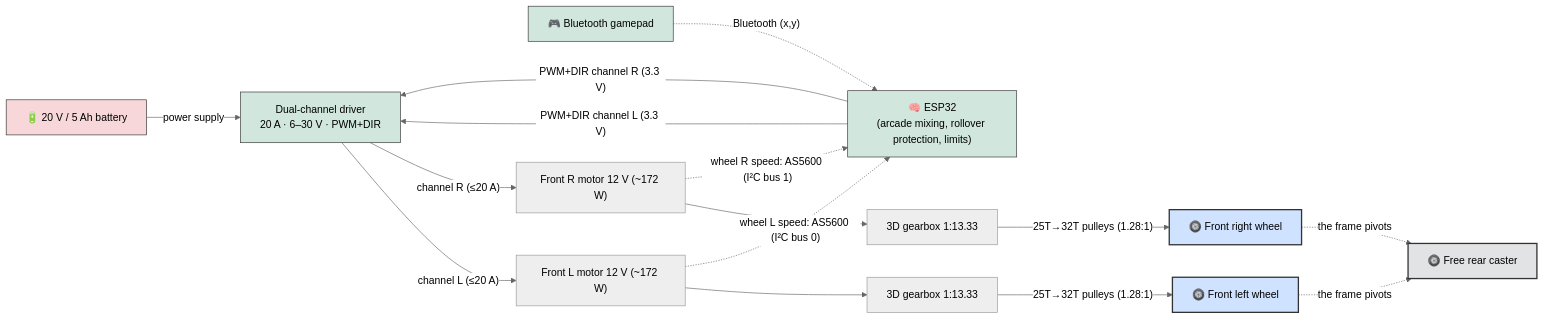
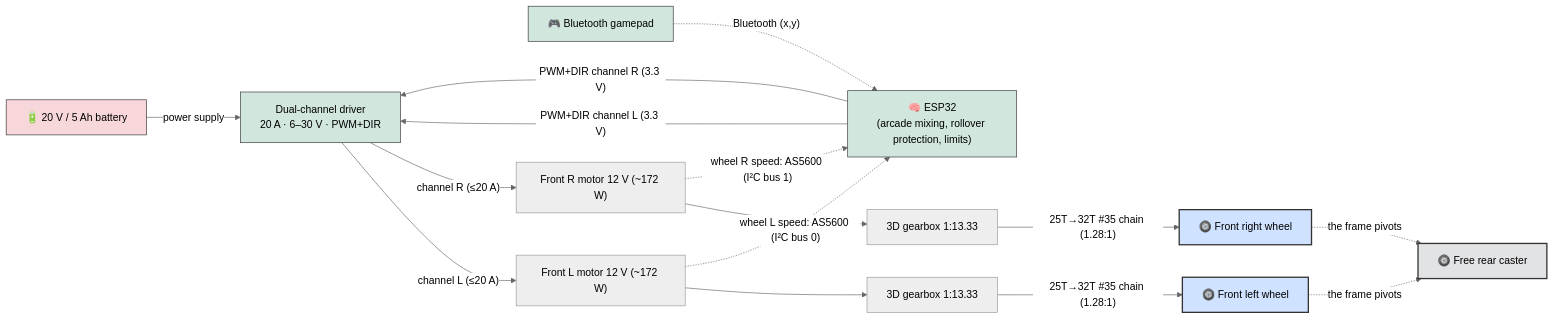
One commit to pinkymaxou/powered-soapbox-car changed the fifth of 10 diagrams in README.md. Above: the diagram before and after it, drawn with Mermaid (neutral theme). The commit also changed other lines of this file and 12 other files, not shown here.

````diff
--- a/README.md
+++ b/README.md
@@ -322,34 +322,34 @@
 ```mermaid
 flowchart LR
     BATT["🔋 20 V / 5 Ah battery"]
     PAD["🎮 Bluetooth gamepad"]
     ESP["🧠 ESP32<br/>(arcade mixing, rollover protection, limits)"]
     DRV["Dual-channel driver<br/>20 A · 6–30 V · PWM+DIR"]
     M1["Front L motor 12 V (~172 W)"]
     M2["Front R motor 12 V (~172 W)"]
     G1["3D gearbox 1:13.33"]
     G2["3D gearbox 1:13.33"]
     R1["🛞 Front left wheel"]
     R2["🛞 Front right wheel"]
     CAS["🛞 Free rear caster"]
 
     BATT -- "power supply" --> DRV
     PAD -. "Bluetooth (x,y)" .-> ESP
     ESP -- "PWM+DIR channel L (3.3 V)" --> DRV
     ESP -- "PWM+DIR channel R (3.3 V)" --> DRV
-    DRV -- "channel L (≤20 A)" --> M1 --> G1 -- "25T→32T pulleys (1.28:1)" --> R1
-    DRV -- "channel R (≤20 A)" --> M2 --> G2 -- "25T→32T pulleys (1.28:1)" --> R2
+    DRV -- "channel L (≤20 A)" --> M1 --> G1 -- "25T→32T #35 chain (1.28:1)" --> R1
+    DRV -- "channel R (≤20 A)" --> M2 --> G2 -- "25T→32T #35 chain (1.28:1)" --> R2
     M1 -. "wheel L speed: AS5600 (I²C bus 0)" .-> ESP
     M2 -. "wheel R speed: AS5600 (I²C bus 1)" .-> ESP
     R1 -. "the frame pivots" .-> CAS
     R2 -. "the frame pivots" .-> CAS
 
     classDef pwr fill:#f8d7da,stroke:#333;
     classDef ctrl fill:#d1e7dd,stroke:#333;
     classDef wheel fill:#cfe2ff,stroke:#333,stroke-width:2px;
     classDef caster fill:#e2e3e5,stroke:#333,stroke-width:2px;
     class BATT pwr;
     class ESP,DRV,PAD ctrl;
     class R1,R2 wheel;
     class CAS caster;
 ```
````
